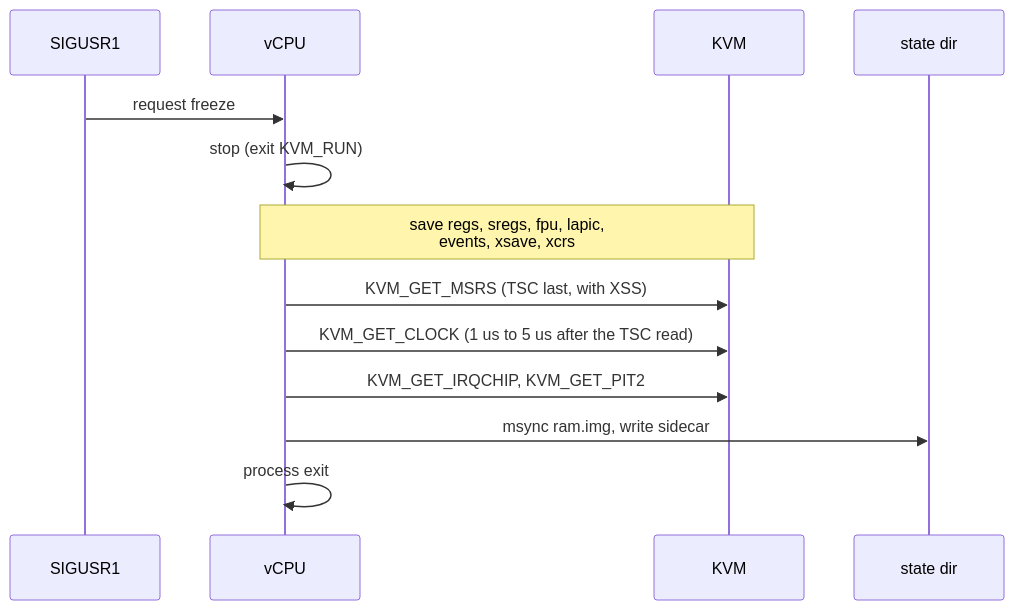
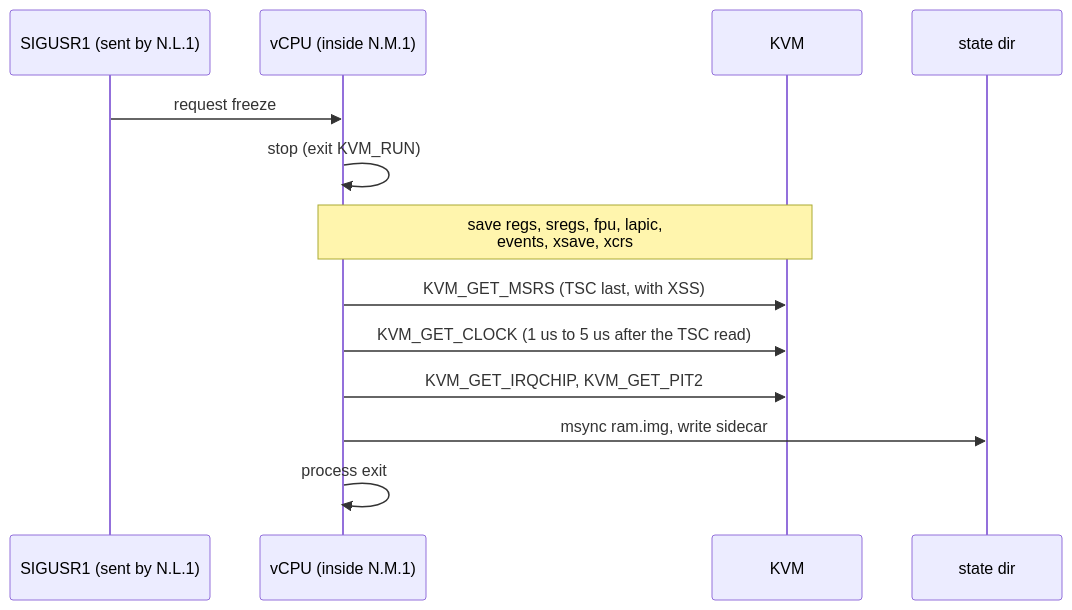
Before and after one commit to omne-earth/cella: the fifth of 8 diagrams in docs/FREEZE-THAW.md, drawn with Mermaid. The commit also changed other lines of this file and 8 other files, not shown here.

Commit message:
docs: comprehensive grooming of all markdowns and diagrams

````diff
--- a/docs/FREEZE-THAW.md
+++ b/docs/FREEZE-THAW.md
@@ -215,15 +233,15 @@
 ```mermaid
 sequenceDiagram
-    participant S as SIGUSR1
-    participant V as vCPU
+    participant S as SIGUSR1 (sent by N.L.1)
+    participant V as vCPU (inside N.M.1)
     participant K as KVM
     participant F as state dir
     S->>V: request freeze
     V->>V: stop (exit KVM_RUN)
     Note over V,K: save regs, sregs, fpu, lapic,<br/>events, xsave, xcrs
     V->>K: KVM_GET_MSRS (TSC last, with XSS)
     V->>K: KVM_GET_CLOCK (1 us to 5 us after the TSC read)
     V->>K: KVM_GET_IRQCHIP, KVM_GET_PIT2
     V->>F: msync ram.img, write sidecar
     V->>V: process exit
 ```
````
